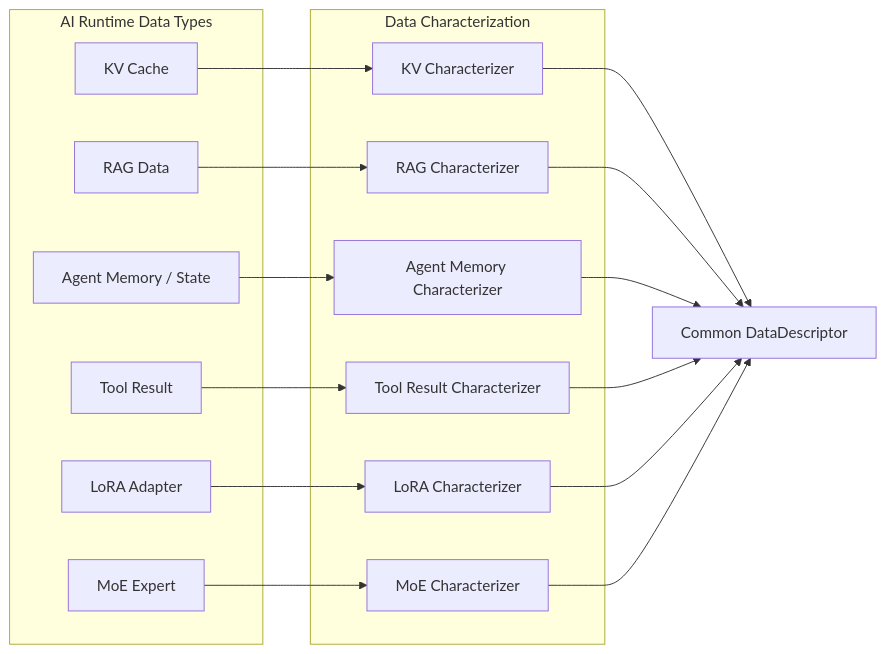
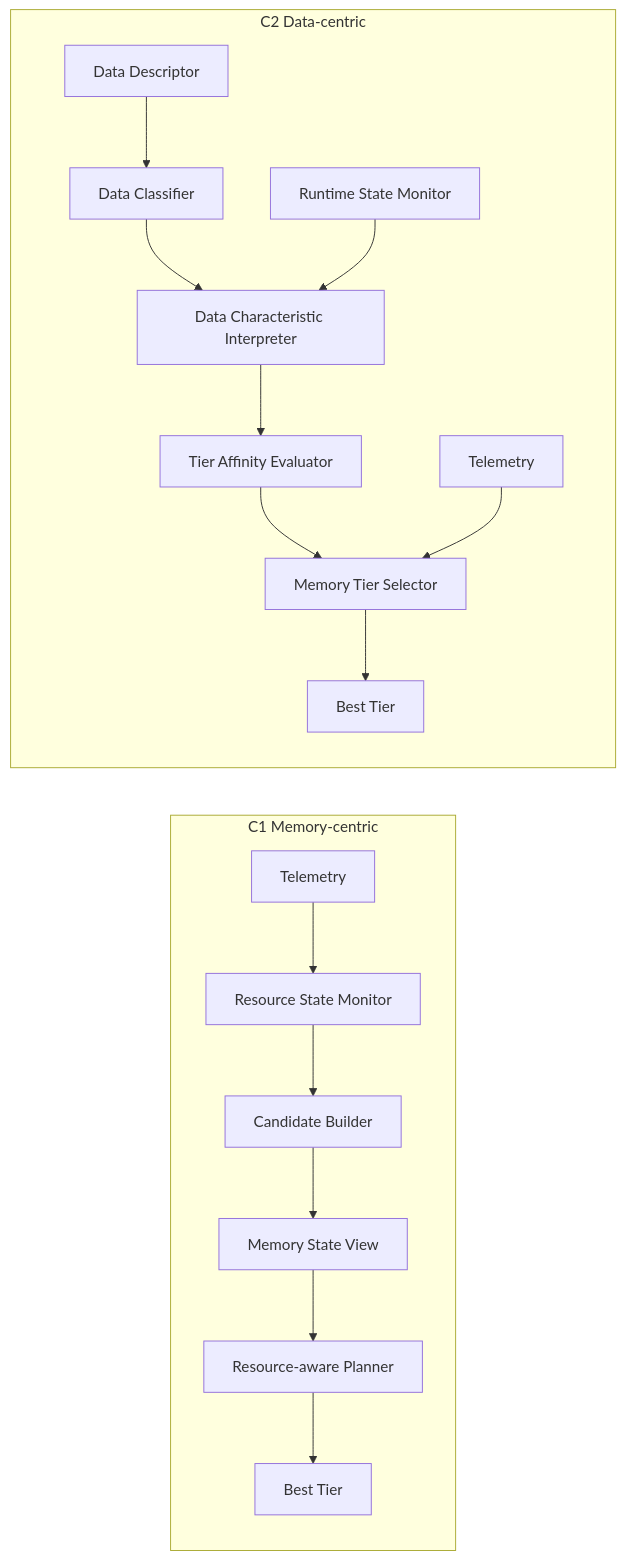
Diagram 11 of 11 in doc-architect/dp1-data-placement-uml-rendered.md (mkim0628/vllm), drawn with Mermaid before and after one commit. The commit also changed other lines of this file, not shown here.

Commit message:
Update DP1 UML for Resource State Monitor and data-centric classifier/runtime monitor flow

````diff
--- a/doc-architect/dp1-data-placement-uml-rendered.md
+++ b/doc-architect/dp1-data-placement-uml-rendered.md
@@ -638,36 +672,29 @@
 ```mermaid
 flowchart LR
-    subgraph DT[AI Runtime Data Types]
-        KV[KV Cache]
-        RAG[RAG Data]
-        AM[Agent Memory / State]
-        TR[Tool Result]
-        LORA[LoRA Adapter]
-        MOE[MoE Expert]
+    subgraph C1[C1 Memory-centric]
+        T1[Telemetry]
+        R1[Resource State Monitor]
+        B1[Candidate Builder]
+        V1[Memory State View]
+        P1[Resource-aware Planner]
+        S1[Best Tier]
+
+        T1 --> R1 --> B1 --> V1 --> P1 --> S1
     end
 
-    subgraph CHAR[Data Characterization]
-        KVC[KV Characterizer]
-        RAGC[RAG Characterizer]
-        AMC[Agent Memory Characterizer]
-        TRC[Tool Result Characterizer]
-        LC[LoRA Characterizer]
-        MOEC[MoE Characterizer]
+    subgraph C2[C2 Data-centric]
+        D2[Data Descriptor]
+        C2C[Data Classifier]
+        R2[Runtime State Monitor]
+        I2[Data Characteristic Interpreter]
+        A2[Tier Affinity Evaluator]
+        T2[Telemetry]
+        S2[Memory Tier Selector]
+        B2[Best Tier]
+
+        D2 --> C2C --> I2
+        R2 --> I2
+        I2 --> A2 --> S2 --> B2
+        T2 --> S2
     end
-
-    DESC[Common DataDescriptor]
-
-    KV --> KVC
-    RAG --> RAGC
-    AM --> AMC
-    TR --> TRC
-    LORA --> LC
-    MOE --> MOEC
-
-    KVC --> DESC
-    RAGC --> DESC
-    AMC --> DESC
-    TRC --> DESC
-    LC --> DESC
-    MOEC --> DESC
 ```
````
